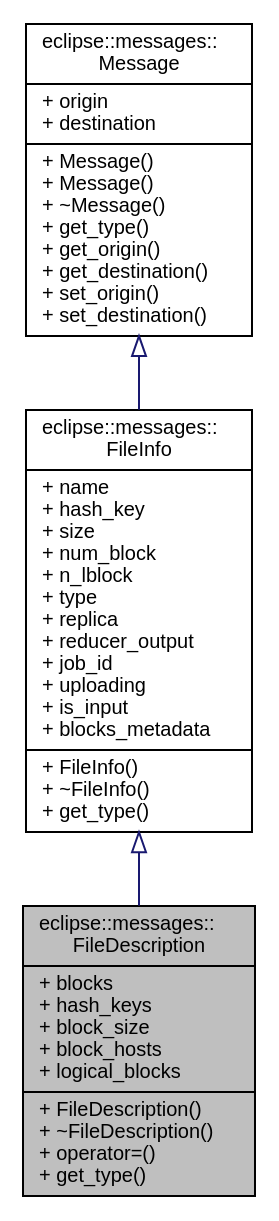
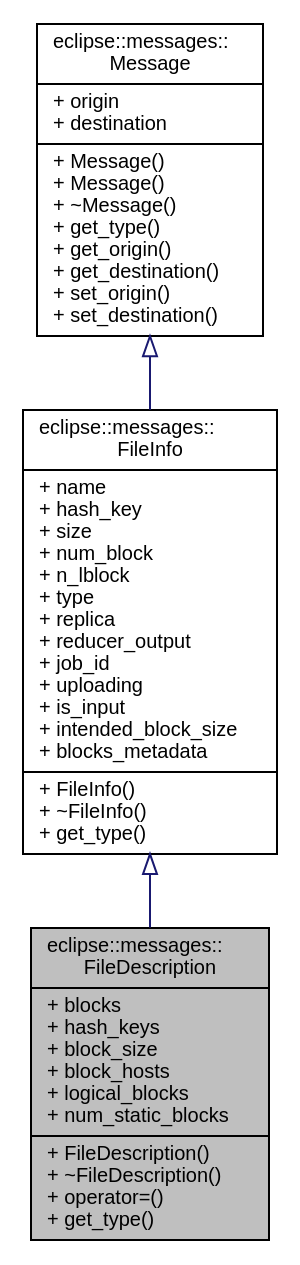
The diagram in structeclipse_1_1messages_1_1FileDescription__inherit__graph.dot (DICL/VeloxDFS), drawn with Graphviz before and after one commit. The commit also changed 621 other files, not shown here.

```diff
--- a/structeclipse_1_1messages_1_1FileDescription__inherit__graph.dot
+++ b/structeclipse_1_1messages_1_1FileDescription__inherit__graph.dot
@@ -1,10 +1,10 @@
 digraph "eclipse::messages::FileDescription"
 {
   edge [fontname="Helvetica",fontsize="10",labelfontname="Helvetica",labelfontsize="10"];
   node [fontname="Helvetica",fontsize="10",shape=record];
-  Node1 [label="{eclipse::messages::\lFileDescription\n|+ blocks\l+ hash_keys\l+ block_size\l+ block_hosts\l+ logical_blocks\l|+ FileDescription()\l+ ~FileDescription()\l+ operator=()\l+ get_type()\l}",height=0.2,width=0.4,color="black", fillcolor="grey75", style="filled" fontcolor="black"];
+  Node1 [label="{eclipse::messages::\lFileDescription\n|+ blocks\l+ hash_keys\l+ block_size\l+ block_hosts\l+ logical_blocks\l+ num_static_blocks\l|+ FileDescription()\l+ ~FileDescription()\l+ operator=()\l+ get_type()\l}",height=0.2,width=0.4,color="black", fillcolor="grey75", style="filled" fontcolor="black"];
   Node2 -> Node1 [dir="back",color="midnightblue",fontsize="10",style="solid",arrowtail="onormal",fontname="Helvetica"];
-  Node2 [label="{eclipse::messages::\lFileInfo\n|+ name\l+ hash_key\l+ size\l+ num_block\l+ n_lblock\l+ type\l+ replica\l+ reducer_output\l+ job_id\l+ uploading\l+ is_input\l+ blocks_metadata\l|+ FileInfo()\l+ ~FileInfo()\l+ get_type()\l}",height=0.2,width=0.4,color="black", fillcolor="white", style="filled",URL="$structeclipse_1_1messages_1_1FileInfo.html"];
+  Node2 [label="{eclipse::messages::\lFileInfo\n|+ name\l+ hash_key\l+ size\l+ num_block\l+ n_lblock\l+ type\l+ replica\l+ reducer_output\l+ job_id\l+ uploading\l+ is_input\l+ intended_block_size\l+ blocks_metadata\l|+ FileInfo()\l+ ~FileInfo()\l+ get_type()\l}",height=0.2,width=0.4,color="black", fillcolor="white", style="filled",URL="$structeclipse_1_1messages_1_1FileInfo.html"];
   Node3 -> Node2 [dir="back",color="midnightblue",fontsize="10",style="solid",arrowtail="onormal",fontname="Helvetica"];
   Node3 [label="{eclipse::messages::\lMessage\n|+ origin\l+ destination\l|+ Message()\l+ Message()\l+ ~Message()\l+ get_type()\l+ get_origin()\l+ get_destination()\l+ set_origin()\l+ set_destination()\l}",height=0.2,width=0.4,color="black", fillcolor="white", style="filled",URL="$structeclipse_1_1messages_1_1Message.html"];
 }
```
